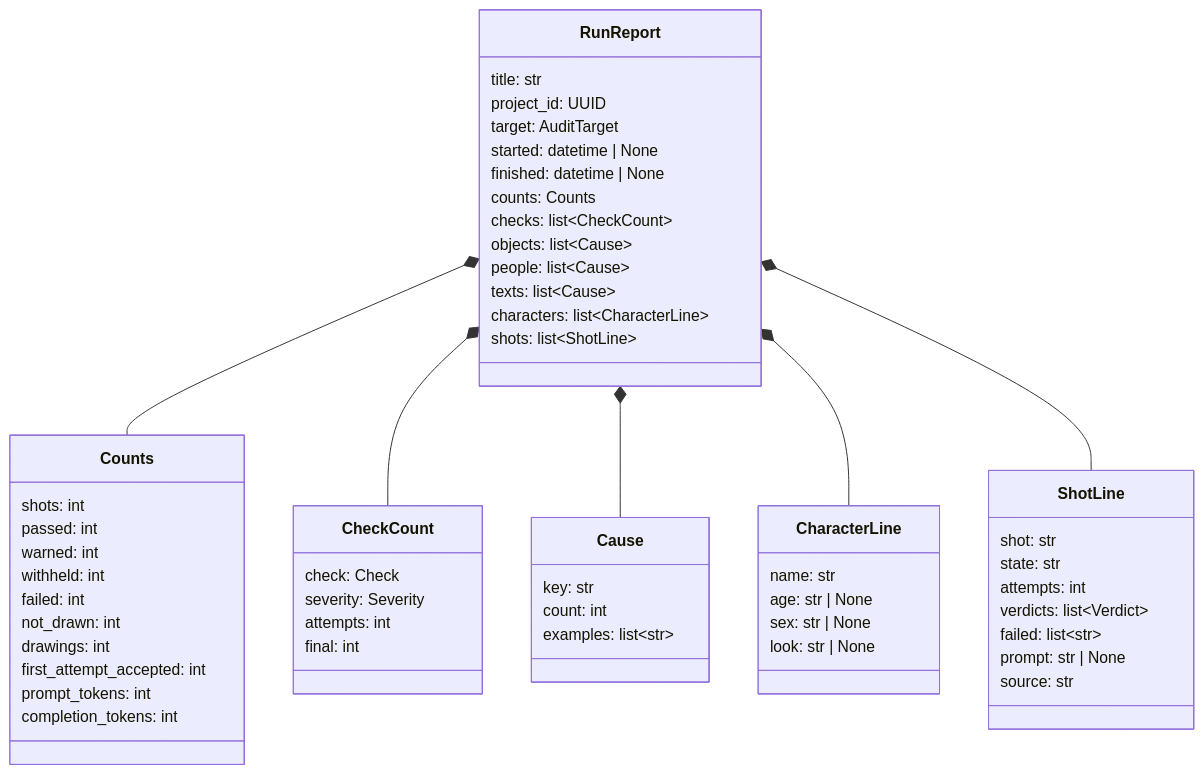
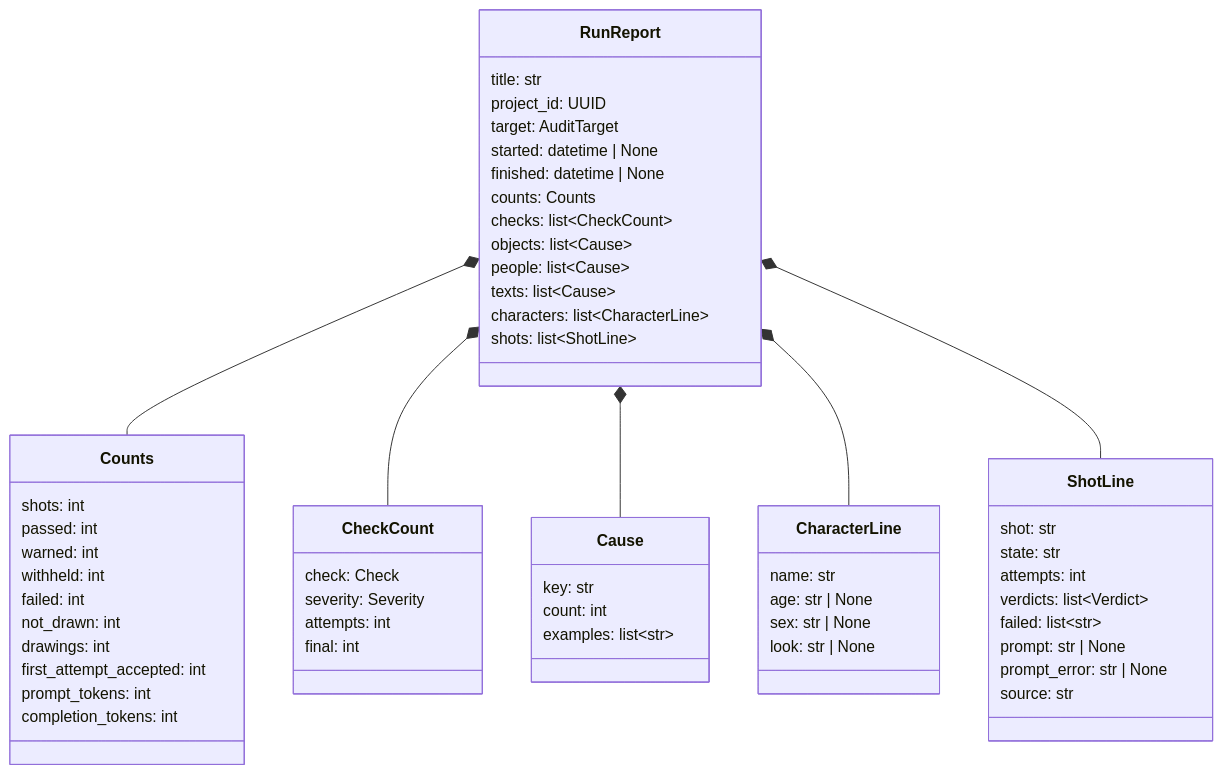
The first of 2 diagrams in docs/design/learning.md (Katlego-tech/Panelwise), drawn with Mermaid before and after one commit. The commit also changed other lines of this file, not shown here.

Commit message:
docs(design): T081: text_causes takes the shot label; ShotLine.prompt_error

````diff
--- a/docs/design/learning.md
+++ b/docs/design/learning.md
@@ -45,60 +45,61 @@
 ```mermaid
 classDiagram
     class RunReport {
         title: str
         project_id: UUID
         target: AuditTarget
         started: datetime | None
         finished: datetime | None
         counts: Counts
         checks: list~CheckCount~
         objects: list~Cause~
         people: list~Cause~
         texts: list~Cause~
         characters: list~CharacterLine~
         shots: list~ShotLine~
     }
     class Counts {
         shots: int
         passed: int
         warned: int
         withheld: int
         failed: int
         not_drawn: int
         drawings: int
         first_attempt_accepted: int
         prompt_tokens: int
         completion_tokens: int
     }
     class CheckCount {
         check: Check
         severity: Severity
         attempts: int
         final: int
     }
     class Cause {
         key: str
         count: int
         examples: list~str~
     }
     class CharacterLine {
         name: str
         age: str | None
         sex: str | None
         look: str | None
     }
     class ShotLine {
         shot: str
         state: str
         attempts: int
         verdicts: list~Verdict~
         failed: list~str~
         prompt: str | None
+        prompt_error: str | None
         source: str
     }
     RunReport *-- Counts
     RunReport *-- CheckCount
     RunReport *-- Cause
     RunReport *-- CharacterLine
     RunReport *-- ShotLine
 ```
````
